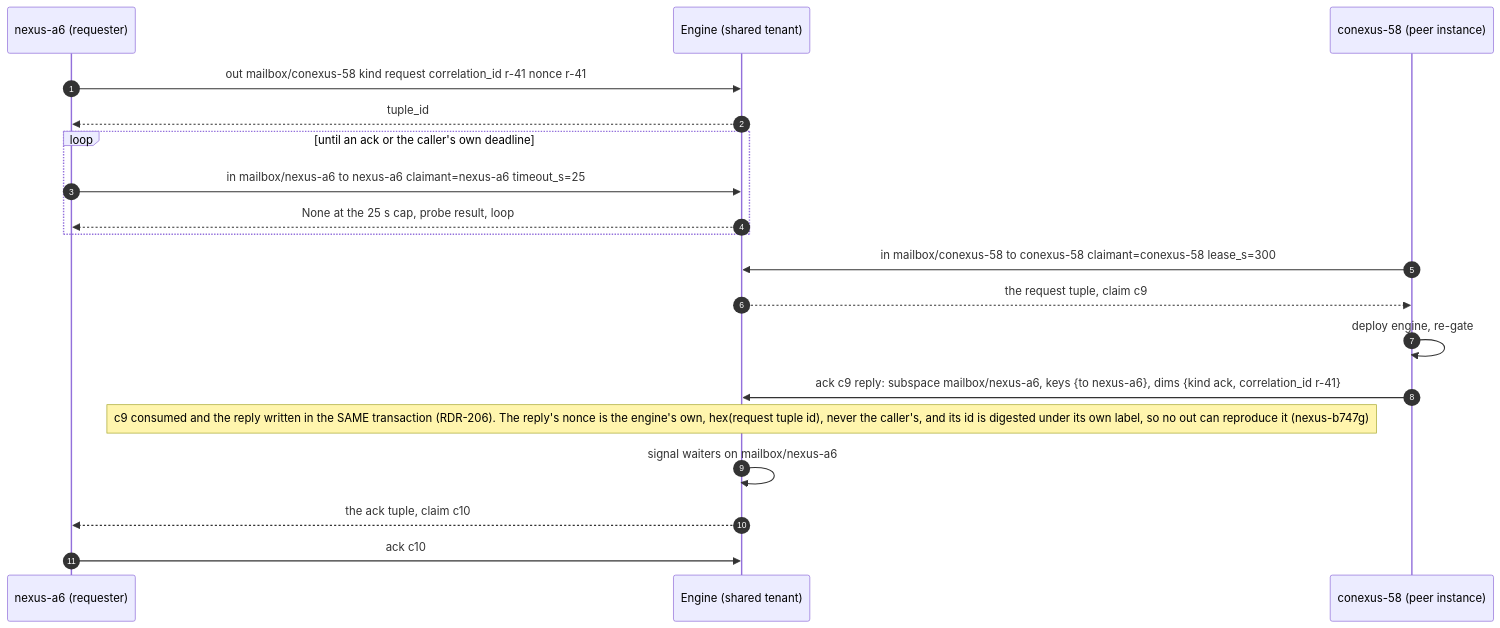
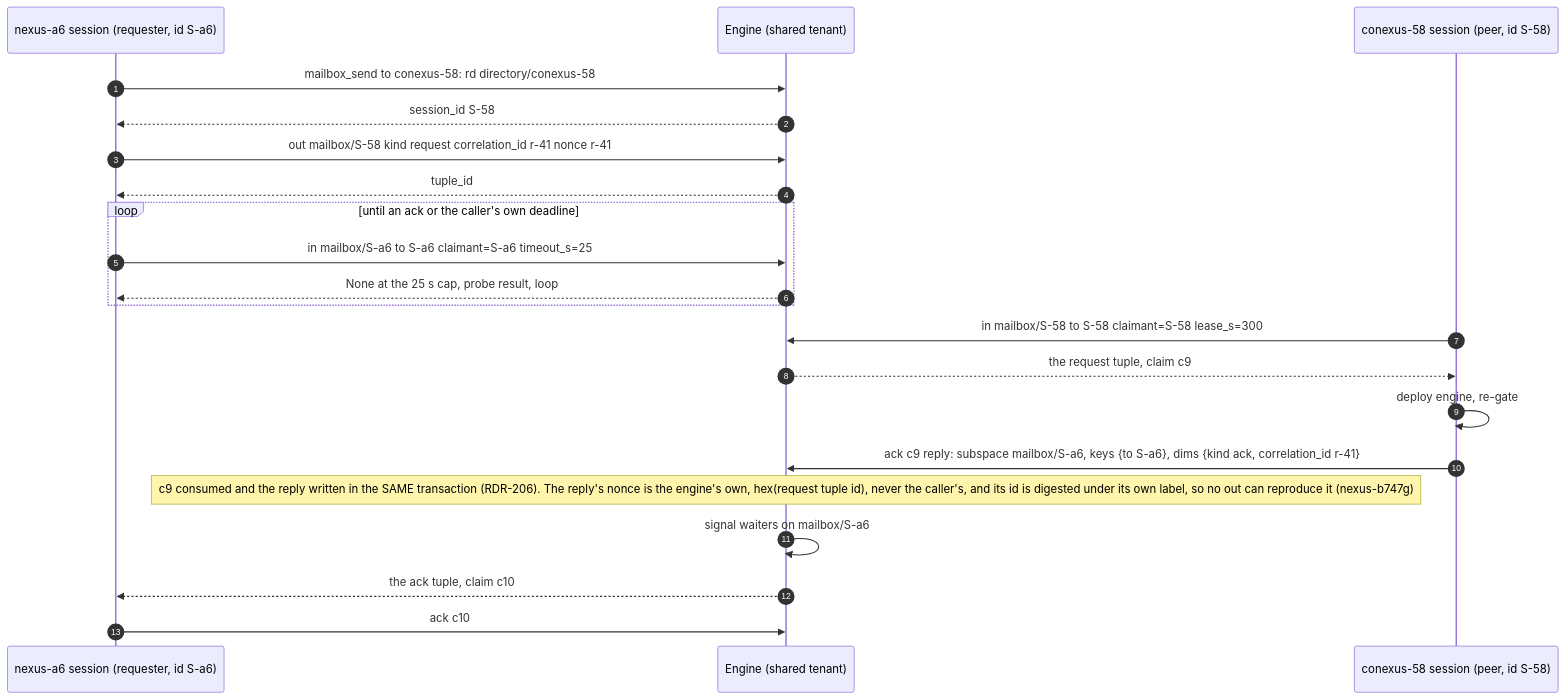
Before and after one commit to Hellblazer/nexus: the fifth of 8 diagrams in docs/tuple-space-walkthroughs.md, drawn with Mermaid. The commit also changed other lines of this file and 14 other files, not shown here.

````diff
--- a/docs/tuple-space-walkthroughs.md
+++ b/docs/tuple-space-walkthroughs.md
@@ -148,22 +148,24 @@
 ```mermaid
 sequenceDiagram
     autonumber
-    participant N as nexus-a6 (requester)
+    participant N as nexus-a6 session (requester, id S-a6)
     participant E as Engine (shared tenant)
-    participant C as conexus-58 (peer instance)
+    participant C as conexus-58 session (peer, id S-58)
 
-    N->>E: out mailbox/conexus-58 kind request correlation_id r-41 nonce r-41
+    N->>E: mailbox_send to conexus-58: rd directory/conexus-58
+    E-->>N: session_id S-58
+    N->>E: out mailbox/S-58 kind request correlation_id r-41 nonce r-41
     E-->>N: tuple_id
     loop until an ack or the caller's own deadline
-        N->>E: in mailbox/nexus-a6 to nexus-a6 claimant=nexus-a6 timeout_s=25
+        N->>E: in mailbox/S-a6 to S-a6 claimant=S-a6 timeout_s=25
         E-->>N: None at the 25 s cap, probe result, loop
     end
-    C->>E: in mailbox/conexus-58 to conexus-58 claimant=conexus-58 lease_s=300
+    C->>E: in mailbox/S-58 to S-58 claimant=S-58 lease_s=300
     E-->>C: the request tuple, claim c9
     C->>C: deploy engine, re-gate
-    C->>E: ack c9 reply: subspace mailbox/nexus-a6, keys {to nexus-a6}, dims {kind ack, correlation_id r-41}
+    C->>E: ack c9 reply: subspace mailbox/S-a6, keys {to S-a6}, dims {kind ack, correlation_id r-41}
     Note over E: c9 consumed and the reply written in the SAME transaction (RDR-206). The reply's nonce is the engine's own, hex(request tuple id), never the caller's, and its id is digested under its own label, so no out can reproduce it (nexus-b747g)
-    E->>E: signal waiters on mailbox/nexus-a6
+    E->>E: signal waiters on mailbox/S-a6
     E-->>N: the ack tuple, claim c10
     N->>E: ack c10
 ```
````
